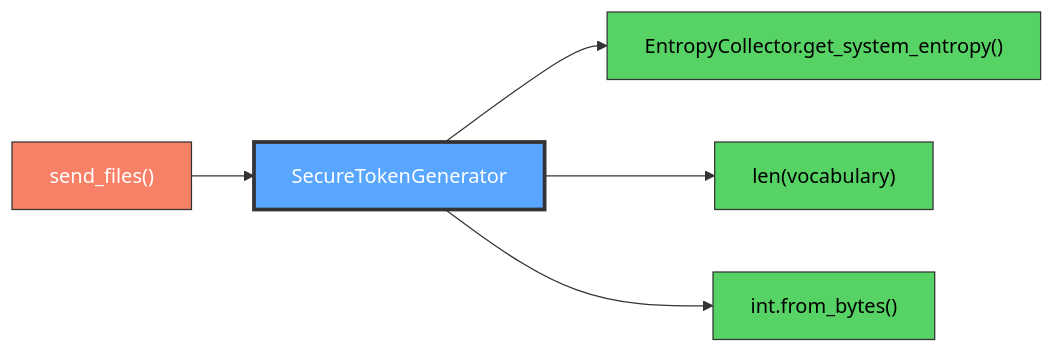
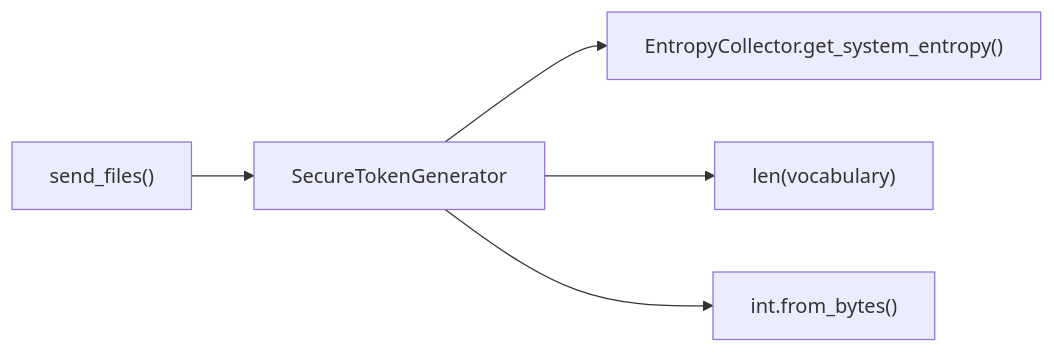
The diagram in docs/securetokengenerator.md (proudsunburn/ftransfer), drawn with Mermaid before and after one commit. The commit also changed 23 other files, not shown here.

Commit message:
MINOR: Remove colors from mermaid for easy light/dark mode switching

````diff
--- a/docs/securetokengenerator.md
+++ b/docs/securetokengenerator.md
@@ -11,17 +11,13 @@
 ```mermaid
 graph LR
-    send_files["send_files()"]:::red
-    token_generator["SecureTokenGenerator"]:::highlight
-    entropy_collector["EntropyCollector.get_system_entropy()"]:::green
-    len_vocab["len(vocabulary)"]:::green
-    int_from_bytes["int.from_bytes()"]:::green
+    send_files["send_files()"]
+    token_generator["SecureTokenGenerator"]
+    entropy_collector["EntropyCollector.get_system_entropy()"]
+    len_vocab["len(vocabulary)"]
+    int_from_bytes["int.from_bytes()"]
 
     send_files --> token_generator
     token_generator --> entropy_collector
     token_generator --> len_vocab
     token_generator --> int_from_bytes
-
-    classDef red fill:#f78166,stroke:#333,color:#fff
-    classDef highlight fill:#58a6ff,stroke:#333,color:#fff,stroke-width:3px
-    classDef green fill:#56d364,stroke:#333,color:#000
 ```
````
